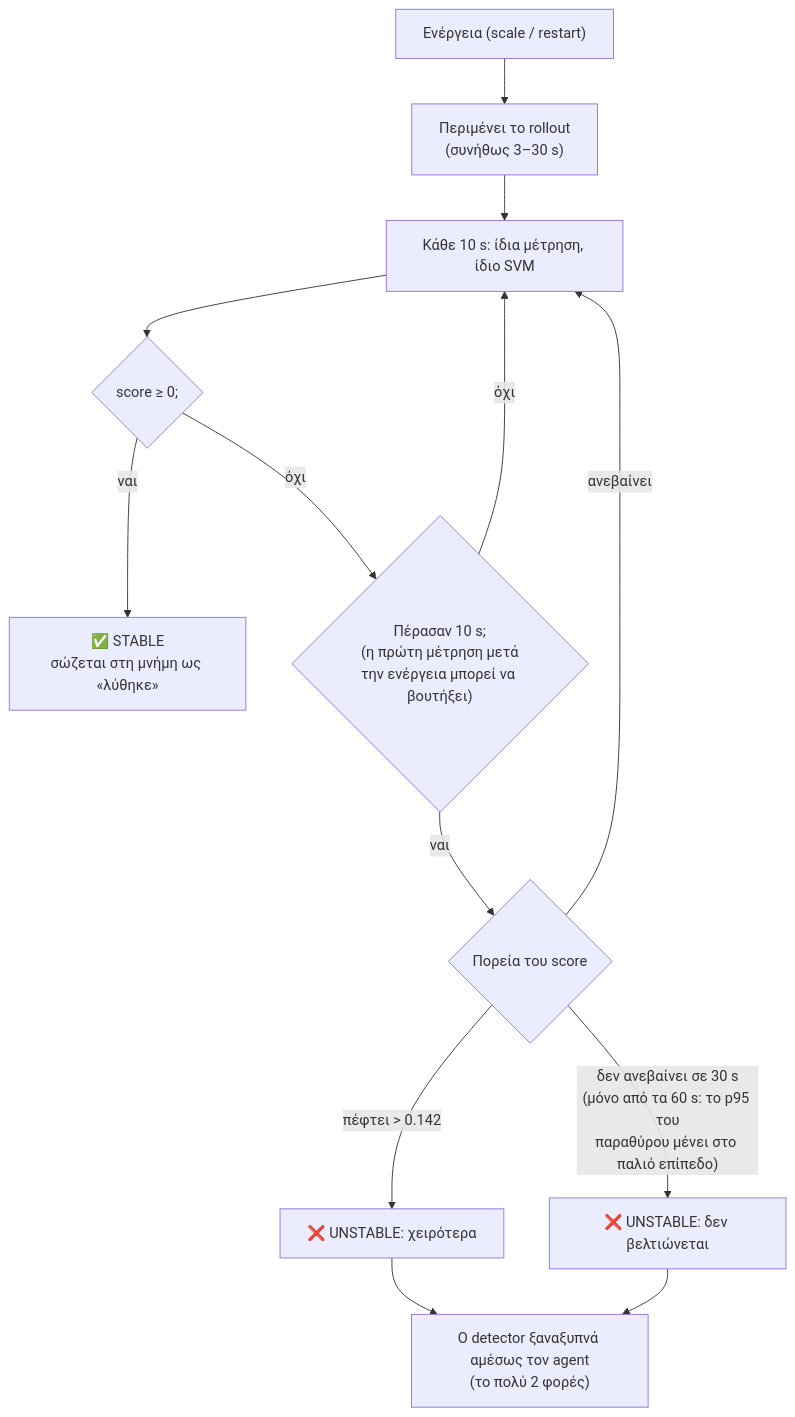
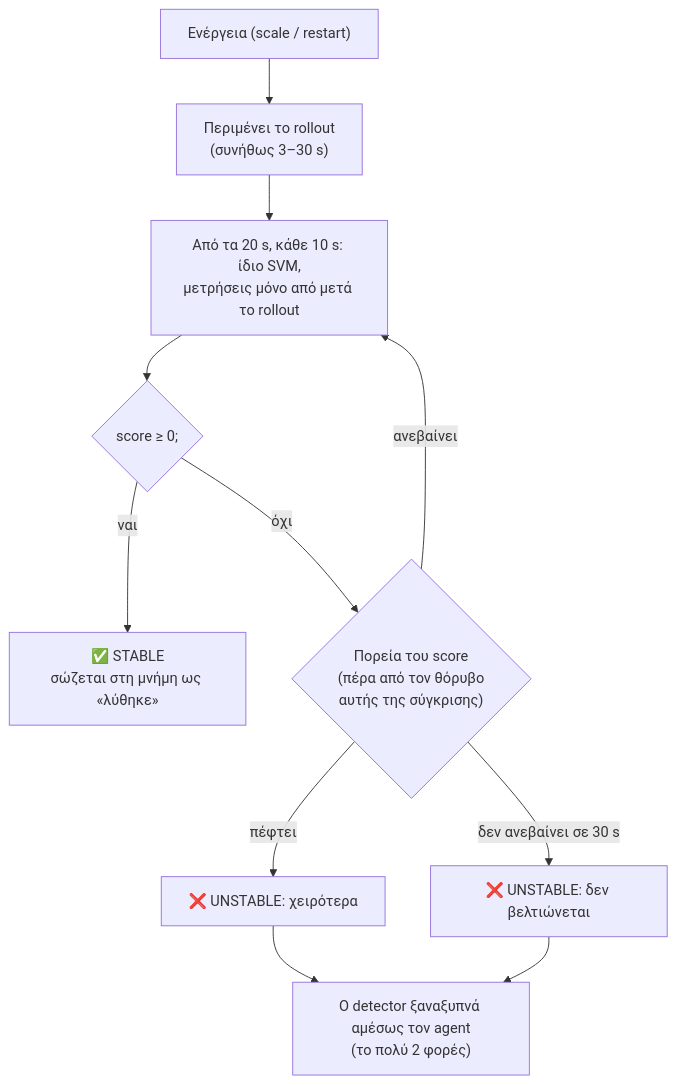
The fifth of 7 diagrams in thesis_notes/presentation.md (Ichalvatz/Autonomous-System-Resource-Management-Using-Multi-Agent-Systems), drawn with Mermaid before and after one commit. The commit also changed other lines of this file and 29 other files, not shown here.

````diff
--- a/thesis_notes/presentation.md
+++ b/thesis_notes/presentation.md
@@ -173,15 +174,13 @@
 ```mermaid
 flowchart TD
     A["Ενέργεια (scale / restart)"] --> RO["Περιμένει το rollout<br/>(συνήθως 3–30 s)"]
-    RO --> M["Κάθε 10 s: ίδια μέτρηση, ίδιο SVM"]
+    RO --> M["Από τα 20 s, κάθε 10 s: ίδιο SVM,<br/>μετρήσεις μόνο από μετά το rollout"]
     M --> H{"score ≥ 0;"}
     H -->|ναι| OK["✅ STABLE<br/>σώζεται στη μνήμη ως «λύθηκε»"]
-    H -->|όχι| E{"Πέρασαν 10 s;<br/>(η πρώτη μέτρηση μετά<br/>την ενέργεια μπορεί να βουτήξει)"}
-    E -->|όχι| M
-    E -->|ναι| J{"Πορεία του score"}
-    J -->|"πέφτει > 0.142"| UW["❌ UNSTABLE: χειρότερα"]
-    J -->|"δεν ανεβαίνει σε 30 s<br/>(μόνο από τα 60 s: το p95 του<br/>παραθύρου μένει στο παλιό επίπεδο)"| UN["❌ UNSTABLE: δεν βελτιώνεται"]
+    H -->|όχι| J{"Πορεία του score<br/>(πέρα από τον θόρυβο<br/>αυτής της σύγκρισης)"}
+    J -->|"πέφτει"| UW["❌ UNSTABLE: χειρότερα"]
+    J -->|"δεν ανεβαίνει σε 30 s"| UN["❌ UNSTABLE: δεν βελτιώνεται"]
     J -->|"ανεβαίνει"| M
     UW --> RW["Ο detector ξαναξυπνά αμέσως τον agent<br/>(το πολύ 2 φορές)"]
     UN --> RW
 ```
````
